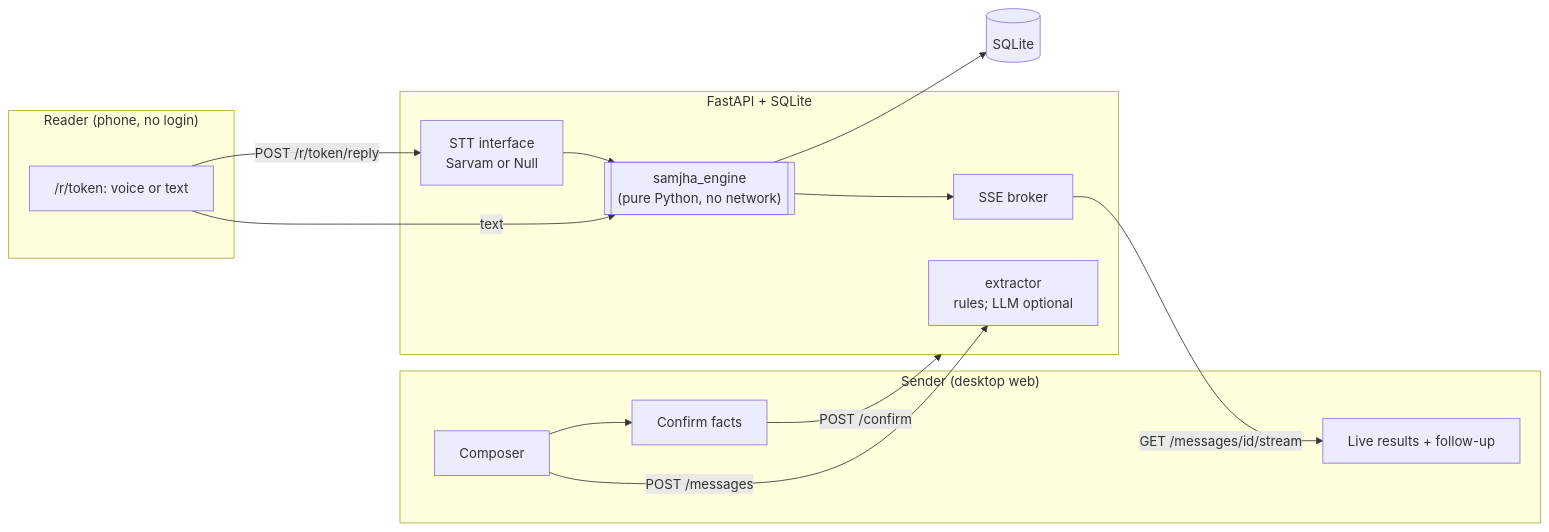
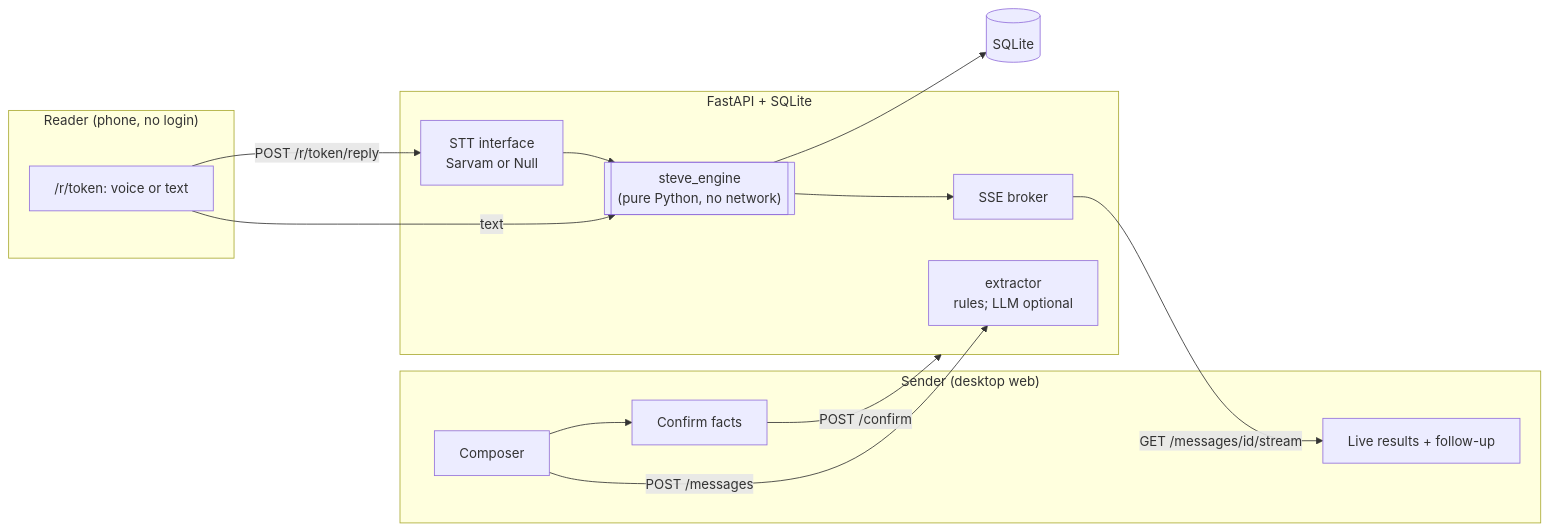
One commit to Adithya-Sharath/Steve changed the diagram in docs/architecture.md. Above: the diagram before and after it, drawn with Mermaid. The commit also changed other lines of this file and 31 other files, not shown here.

First line of the commit message:
refactor: rename Python package samjha_engine to steve_engine

````diff
--- a/docs/architecture.md
+++ b/docs/architecture.md
@@ -3,22 +3,22 @@
 ```mermaid
 flowchart LR
   subgraph Sender["Sender (desktop web)"]
     C[Composer] --> F[Confirm facts]
     R[Live results + follow-up]
   end
   subgraph Reader["Reader (phone, no login)"]
     RP["/r/token: voice or text"]
   end
   subgraph API["FastAPI + SQLite"]
     X[extractor<br/>rules; LLM optional]
-    E[["samjha_engine<br/>(pure Python, no network)"]]
+    E[["steve_engine<br/>(pure Python, no network)"]]
     S[STT interface<br/>Sarvam or Null]
     B[SSE broker]
   end
   C -->|POST /messages| X
   F -->|POST /confirm| API
   RP -->|POST /r/token/reply| S --> E
   RP -->|text| E
   E --> DB[(SQLite)]
   E --> B -->|GET /messages/id/stream| R
 ```
````
